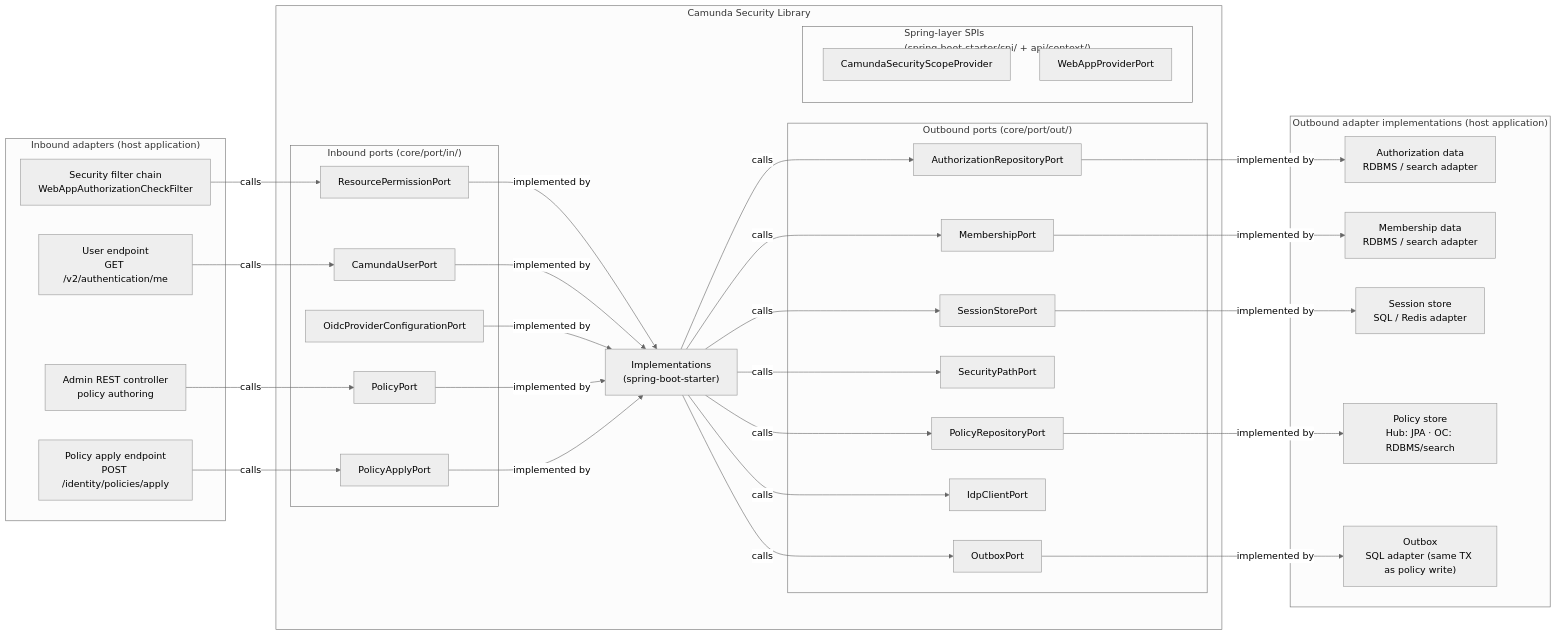
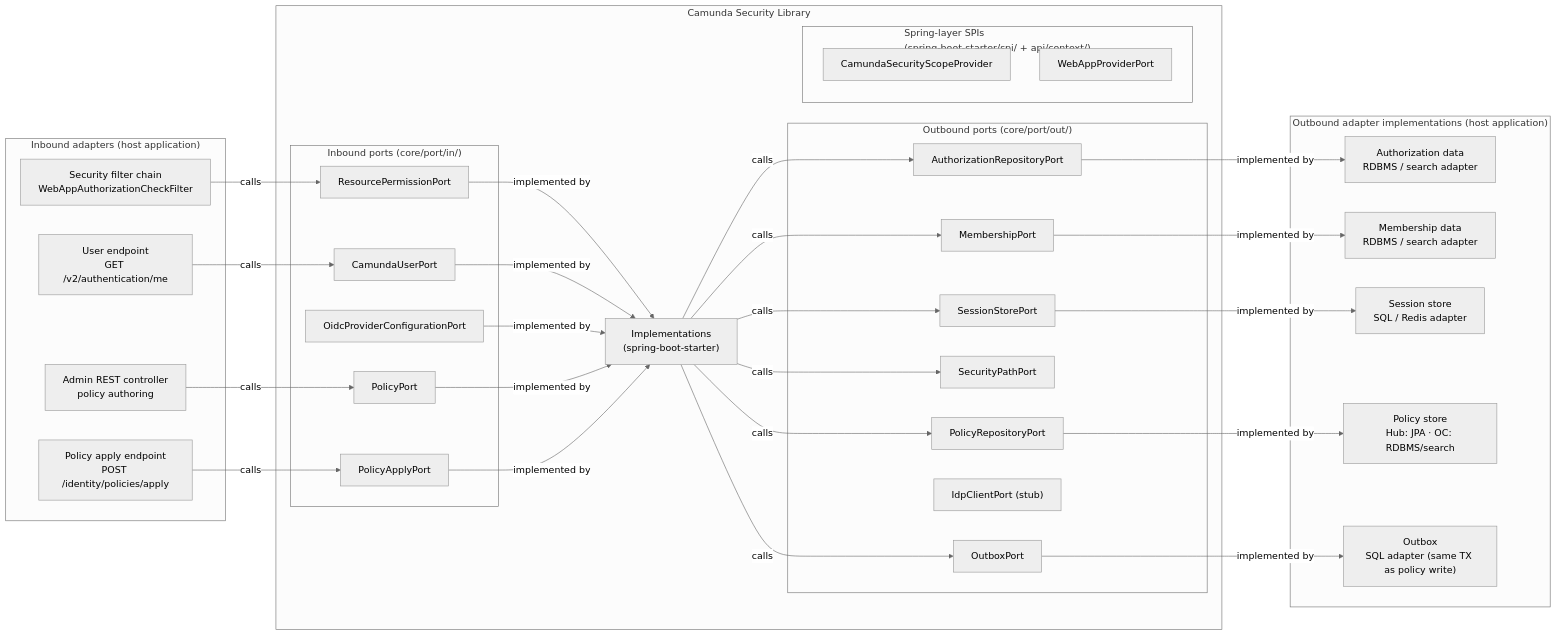
Before and after one commit to camunda/camunda-security-library: the eighth of 20 diagrams in docs/architecture_docs.md, drawn with Mermaid (neutral theme). The commit also changed other lines of this file, not shown here.

First line of the commit message:
docs: address Copilot PR review comments on architecture_docs

````diff
--- a/docs/architecture_docs.md
+++ b/docs/architecture_docs.md
@@ -928,56 +928,56 @@
 ```mermaid
 graph LR
   subgraph EXT_IN["Inbound adapters (host application)"]
     SC["Security filter chain</br>WebAppAuthorizationCheckFilter"]
     UE["User endpoint</br>GET /v2/authentication/me"]
     PAC["Policy apply endpoint</br>POST /identity/policies/apply"]
     AC["Admin REST controller</br>policy authoring"]
   end
 
   subgraph CORE["Camunda Security Library"]
     subgraph IN_PORTS["Inbound ports (core/port/in/)"]
       RPP["ResourcePermissionPort"]
       CUP["CamundaUserPort"]
       OCP["OidcProviderConfigurationPort"]
       PP["PolicyPort"]
       PAP["PolicyApplyPort"]
     end
     DL["Implementations</br>(spring-boot-starter)"]
     subgraph OUT_PORTS["Outbound ports (core/port/out/)"]
       ARP["AuthorizationRepositoryPort"]
       MP["MembershipPort"]
       SSP["SessionStorePort"]
       SECP["SecurityPathPort"]
       PRP["PolicyRepositoryPort"]
-      IDP_P["IdpClientPort"]
+      IDP_P["IdpClientPort (stub)"]
       OX["OutboxPort"]
     end
     subgraph SPRING_SPI["Spring-layer SPIs</br>(spring-boot-starter/spi/ + api/context/)"]
       CSSP["CamundaSecurityScopeProvider"]
       WAPP["WebAppProviderPort"]
     end
   end
 
   subgraph EXT_OUT["Outbound adapter implementations (host application)"]
     ARP_I["Authorization data</br>RDBMS / search adapter"]
     MP_I["Membership data</br>RDBMS / search adapter"]
     SSP_I["Session store</br>SQL / Redis adapter"]
     PRP_I["Policy store</br>Hub: JPA · OC: RDBMS/search"]
     OX_I["Outbox</br>SQL adapter (same TX as policy write)"]
   end
 
   SC -->|"calls"| RPP
   UE -->|"calls"| CUP
   PAC -->|"calls"| PAP
   AC -->|"calls"| PP
 
   RPP & CUP & OCP & PP & PAP -->|"implemented by"| DL
 
-  DL -->|"calls"| ARP & MP & SSP & SECP & PRP & IDP_P & OX
+  DL -->|"calls"| ARP & MP & SSP & SECP & PRP & OX
 
   ARP -->|"implemented by"| ARP_I
   MP -->|"implemented by"| MP_I
   SSP -->|"implemented by"| SSP_I
   PRP -->|"implemented by"| PRP_I
   OX -->|"implemented by"| OX_I
 ```
````
